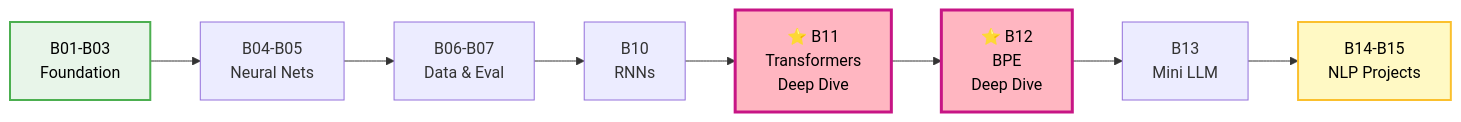
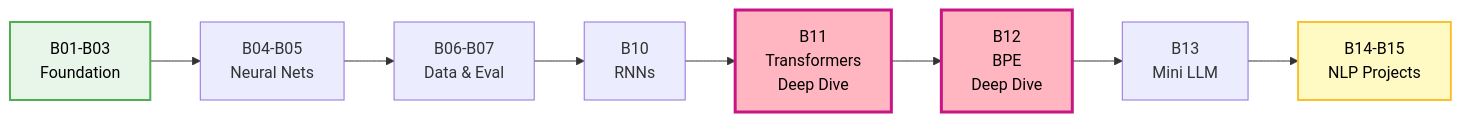
The second of 10 diagrams in Basic/README.md (nexageapps/AI), drawn with Mermaid before and after one commit. The commit also changed other lines of this file, not shown here.

````diff
--- a/Basic/README.md
+++ b/Basic/README.md
@@ -203,15 +203,15 @@
 ```mermaid
 graph LR
     A["B01-B03<br/>Foundation"] --> B["B04-B05<br/>Neural Nets"]
     B --> C["B06-B07<br/>Data & Eval"]
     C --> D["B10<br/>RNNs"]
-    D --> E["⭐ B11<br/>Transformers<br/>Deep Dive"]
-    E --> F["⭐ B12<br/>BPE<br/>Deep Dive"]
+    D --> E["B11<br/>Transformers<br/>Deep Dive"]
+    E --> F["B12<br/>BPE<br/>Deep Dive"]
     F --> G["B13<br/>Mini LLM"]
     G --> H["B14-B15<br/>NLP Projects"]
     
     style E fill:#FFB6C1,stroke:#c71585,stroke-width:3px,color:#000
     style F fill:#FFB6C1,stroke:#c71585,stroke-width:3px,color:#000
     style A fill:#e8f5e9,stroke:#4caf50,stroke-width:2px,color:#000
     style H fill:#fff9c4,stroke:#fbc02d,stroke-width:2px,color:#000
 ```
````
